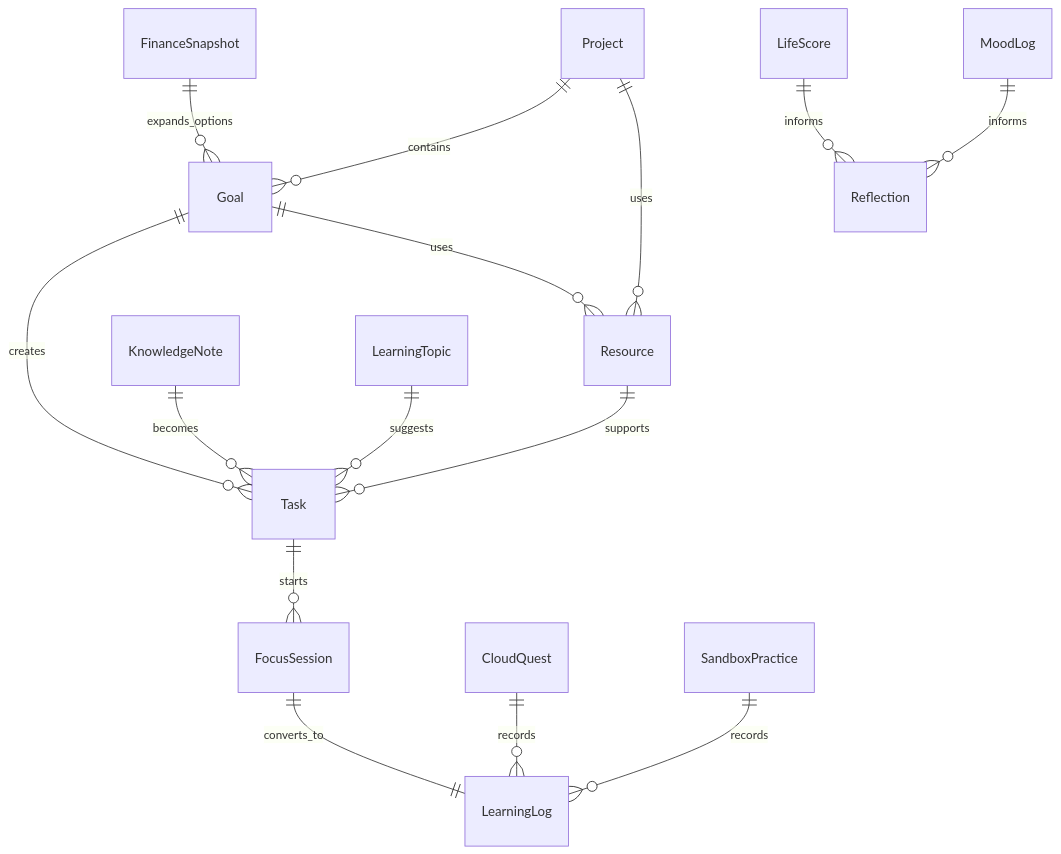
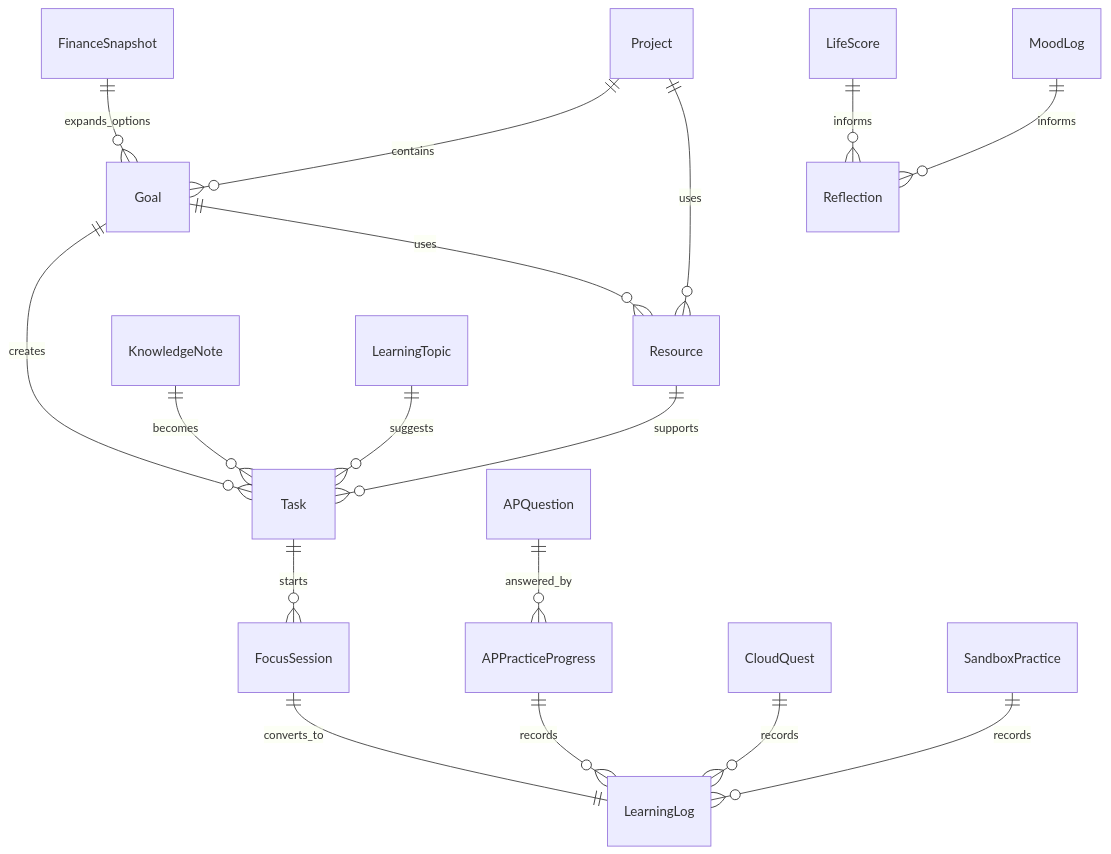
One commit to kum4san5/gemini_diary changed the first of 2 diagrams in .explainApp/data-model.md. Above: the diagram before and after it, drawn with Mermaid. The commit also changed other lines of this file and 15 other files, not shown here.

````diff
--- a/.explainApp/data-model.md
+++ b/.explainApp/data-model.md
@@ -7,17 +7,19 @@
 ```mermaid
 erDiagram
     Goal ||--o{ Task : creates
     Goal ||--o{ Resource : uses
     Project ||--o{ Goal : contains
     Project ||--o{ Resource : uses
     Task ||--o{ FocusSession : starts
     FocusSession ||--|| LearningLog : converts_to
+    APQuestion ||--o{ APPracticeProgress : answered_by
+    APPracticeProgress ||--o{ LearningLog : records
     CloudQuest ||--o{ LearningLog : records
     SandboxPractice ||--o{ LearningLog : records
     KnowledgeNote ||--o{ Task : becomes
     Resource ||--o{ Task : supports
     LifeScore ||--o{ Reflection : informs
     MoodLog ||--o{ Reflection : informs
     FinanceSnapshot ||--o{ Goal : expands_options
     LearningTopic ||--o{ Task : suggests
 ```
````
